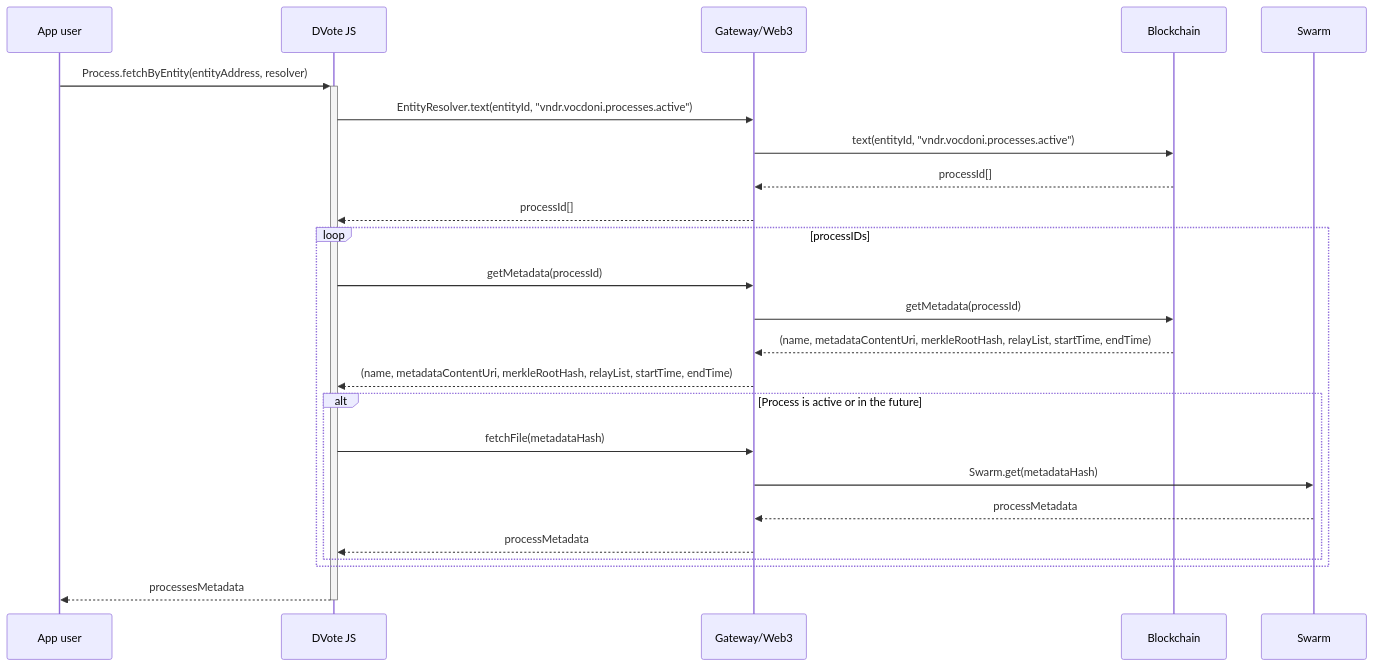
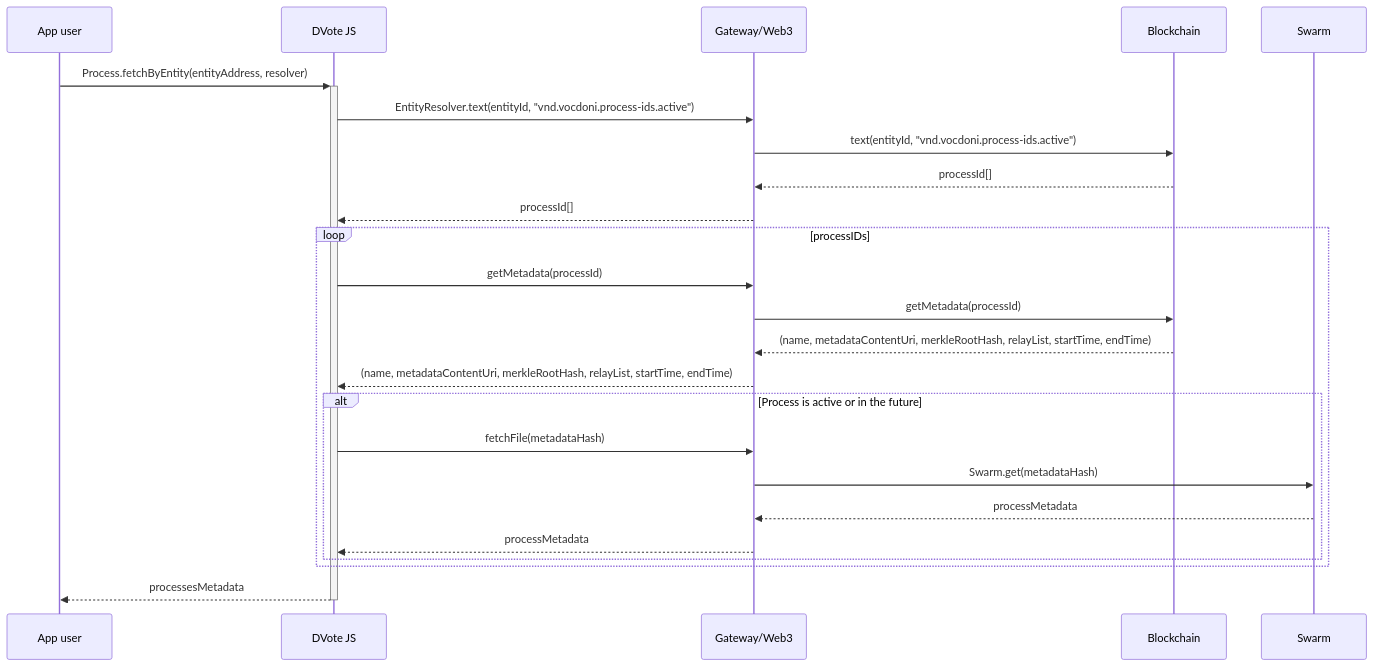
The eighth of 15 diagrams in docs/architecture/sequence-diagrams.md (vocdoni/docs), drawn with Mermaid before and after one commit. The commit also changed other lines of this file, not shown here.

Commit message:
Updating EntityResolver keys and list() method insteado of text()

````diff
--- a/docs/architecture/sequence-diagrams.md
+++ b/docs/architecture/sequence-diagrams.md
@@ -390,32 +390,32 @@
 ```mermaid
 sequenceDiagram
     participant App as App user
     participant DV as DVote JS
     participant GW as Gateway/Web3
     participant BC as Blockchain
     participant SW as Swarm
 
     App->>+DV: Process.fetchByEntity(entityAddress, resolver)
 
-        DV->>GW: EntityResolver.text(entityId, "vndr.vocdoni.processes.active")
-            GW->>BC: text(entityId, "vndr.vocdoni.processes.active")
+        DV->>GW: EntityResolver.text(entityId, "vnd.vocdoni.process-ids.active")
+            GW->>BC: text(entityId, "vnd.vocdoni.process-ids.active")
             BC-->>GW: processId[]
         GW-->>DV: processId[]
 
         loop processIDs
 
             DV->>GW: getMetadata(processId)
                 GW->>BC: getMetadata(processId)
                 BC-->>GW: (name, metadataContentUri, merkleRootHash, relayList, startTime, endTime)
             GW-->>DV: (name, metadataContentUri, merkleRootHash, relayList, startTime, endTime)
 
             alt Process is active or in the future
                 DV->>GW: fetchFile(metadataHash)
                 GW->>SW: Swarm.get(metadataHash)
                 SW-->>GW: processMetadata
                 GW-->>DV: processMetadata
             end
         end
 
     DV-->>-App: processesMetadata
 ```
````
